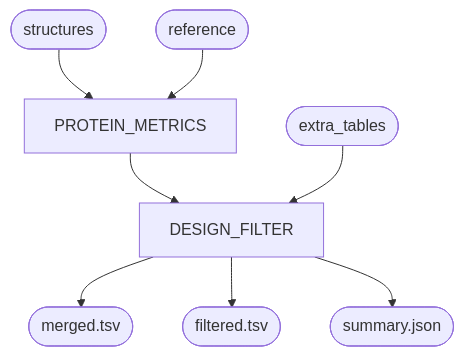
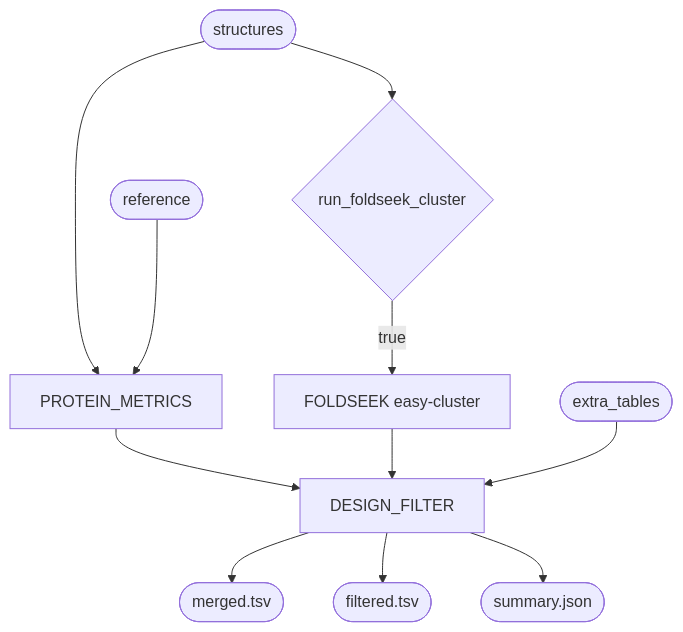
One commit to dxsbiocc/phi-packages changed the diagram in resources/wrappers/subworkflows/local/design_postprocess/wrapper/dag.mmd. Above: the diagram before and after it, drawn with Mermaid. The commit also changed 42 other files, not shown here.

```diff
--- a/resources/wrappers/subworkflows/local/design_postprocess/wrapper/dag.mmd
+++ b/resources/wrappers/subworkflows/local/design_postprocess/wrapper/dag.mmd
@@ -1,19 +1,24 @@
 flowchart TD
     in_struct([structures])
     in_extra([extra_tables])
     in_ref([reference])
 
     p_metrics[PROTEIN_METRICS]
+    d_clu{run_foldseek_cluster}
+    p_foldseek[FOLDSEEK easy-cluster]
     p_filter[DESIGN_FILTER]
 
     out_merged([merged.tsv])
     out_filtered([filtered.tsv])
     out_summary([summary.json])
 
     in_struct --> p_metrics
     in_ref --> p_metrics
+    in_struct --> d_clu
+    d_clu -->|true| p_foldseek
     p_metrics --> p_filter
+    p_foldseek --> p_filter
     in_extra --> p_filter
     p_filter --> out_merged
     p_filter --> out_filtered
     p_filter --> out_summary
```
